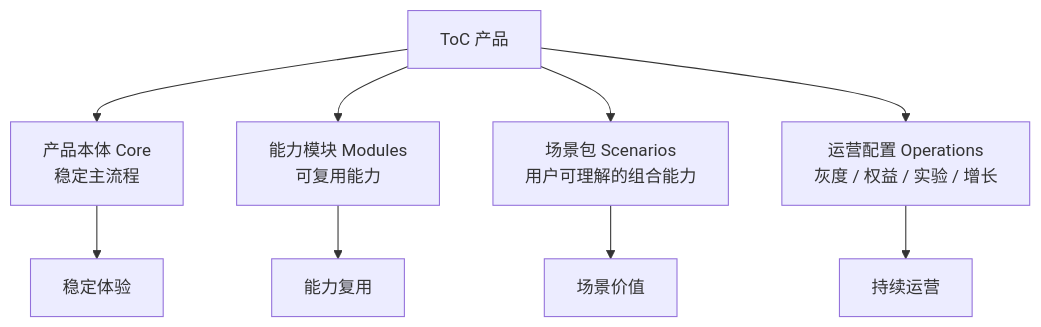
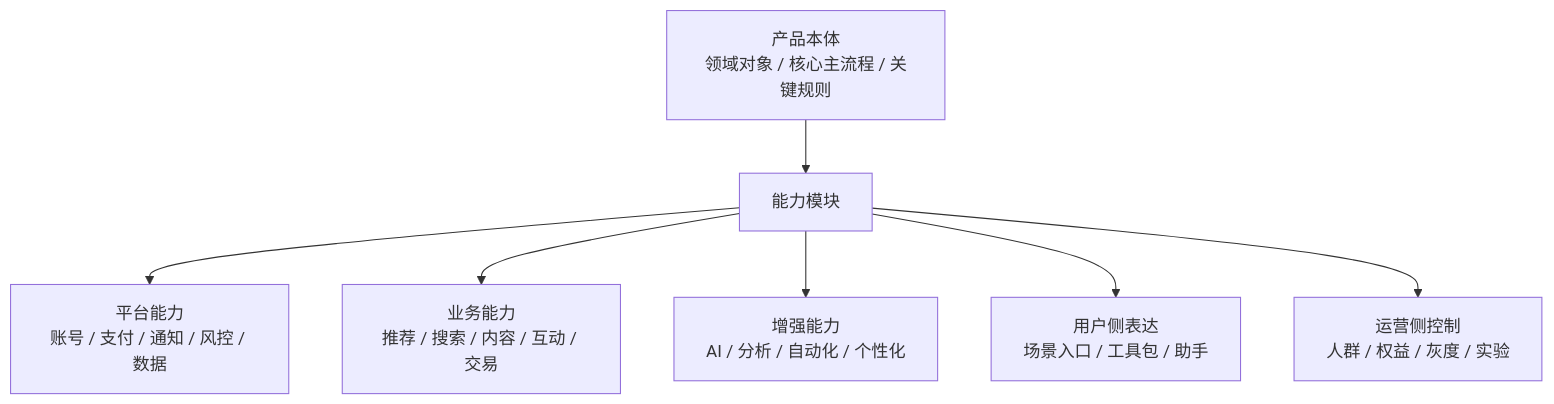
The first of 2 diagrams in job/mod/toc-product-modularization.md (XiaoYang1127/dev-doc), drawn with Mermaid before and after one commit. The commit also changed other lines of this file and 5 other files, not shown here.

````diff
--- a/job/mod/toc-product-modularization.md
+++ b/job/mod/toc-product-modularization.md
@@ -19,12 +24,11 @@
 ```mermaid
 flowchart TB
-    Product[ToC 产品] --> Core[产品本体 Core<br/>稳定主流程]
-    Product --> Modules[能力模块 Modules<br/>可复用能力]
-    Product --> Scenarios[场景包 Scenarios<br/>用户可理解的组合能力]
-    Product --> Ops[运营配置 Operations<br/>灰度 / 权益 / 实验 / 增长]
+    Core[产品本体<br/>领域对象 / 核心主流程 / 关键规则] --> Capabilities[能力模块]
 
-    Core --> UX[稳定体验]
-    Modules --> Reuse[能力复用]
-    Scenarios --> Value[场景价值]
-    Ops --> Growth[持续运营]
+    Capabilities --> Platform[平台能力<br/>账号 / 支付 / 通知 / 风控 / 数据]
+    Capabilities --> Business[业务能力<br/>推荐 / 搜索 / 内容 / 互动 / 交易]
+    Capabilities --> Enhance[增强能力<br/>AI / 分析 / 自动化 / 个性化]
+
+    Capabilities --> UX[用户侧表达<br/>场景入口 / 工具包 / 助手]
+    Capabilities --> Ops[运营侧控制<br/>人群 / 权益 / 灰度 / 实验]
 ```
````
